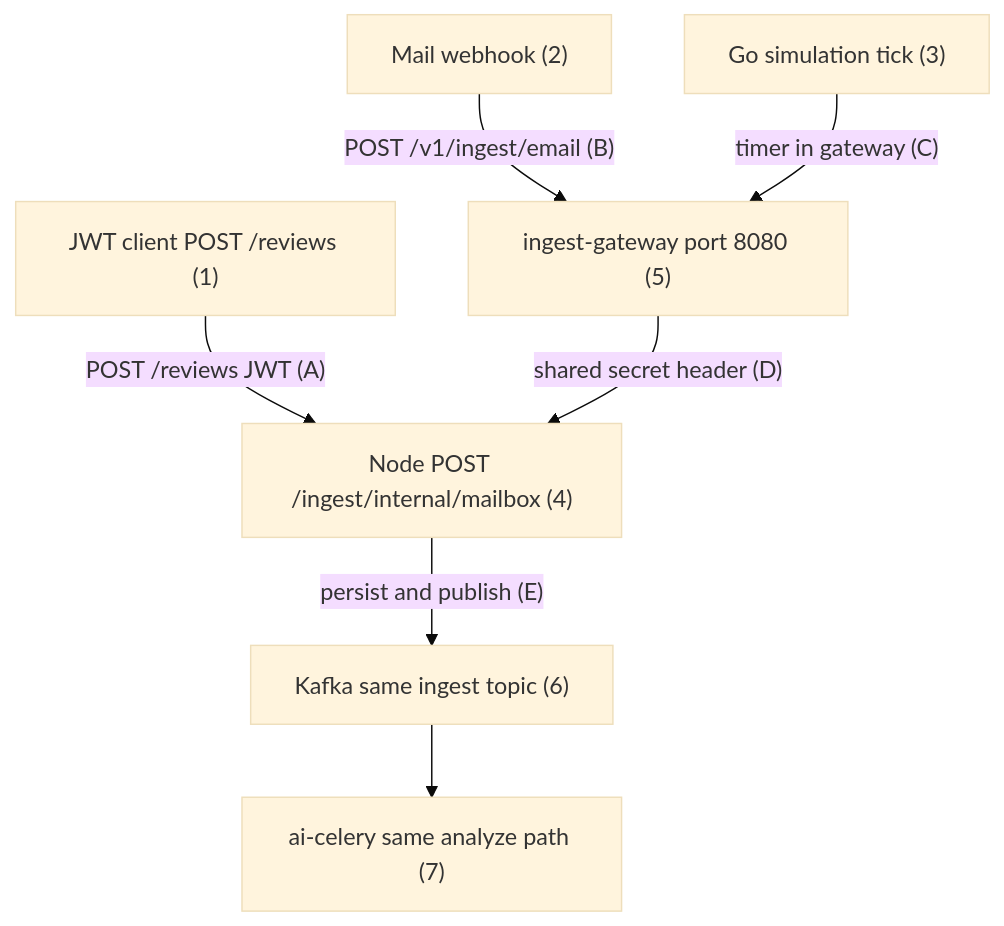
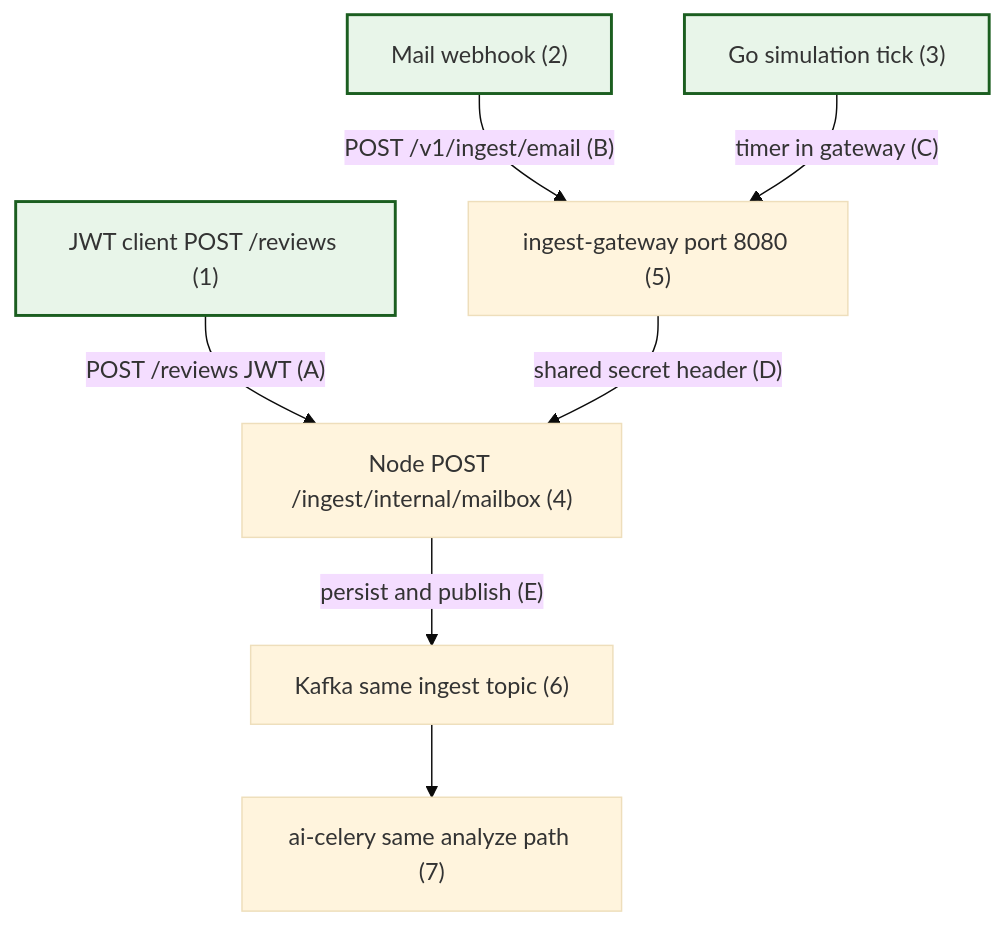
Before and after one commit to OferElboher/suspicious-email-triage: the diagram in docs/diagrams/system-flow-03-mailbox-ingest.mmd, drawn with Mermaid (base theme). The commit also changed 20 other files, not shown here.

First line of the commit message:
Fix Django admin login, graph export, and analytics axis labels.

```diff
--- a/docs/diagrams/system-flow-03-mailbox-ingest.mmd
+++ b/docs/diagrams/system-flow-03-mailbox-ingest.mmd
@@ -1,15 +1,19 @@
 flowchart TB
+  classDef flowEntry fill:#e8f5e9,stroke:#1b5e20,stroke-width:2px
+
   P1["JWT client POST /reviews (1)"]
   P2["Mail webhook (2)"]
   P3["Go simulation tick (3)"]
   API["Node POST /ingest/internal/mailbox (4)"]
   GW["ingest-gateway port 8080 (5)"]
   K["Kafka same ingest topic (6)"]
   CEL["ai-celery same analyze path (7)"]
 
   P1 -->|"POST /reviews JWT (A)"| API
   P2 -->|"POST /v1/ingest/email (B)"| GW
   P3 -->|"timer in gateway (C)"| GW
   GW -->|"shared secret header (D)"| API
   API -->|"persist and publish (E)"| K
   K --> CEL
+
+  class P1,P2,P3 flowEntry
```
